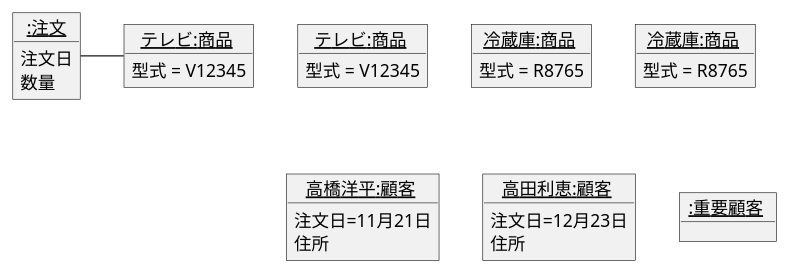
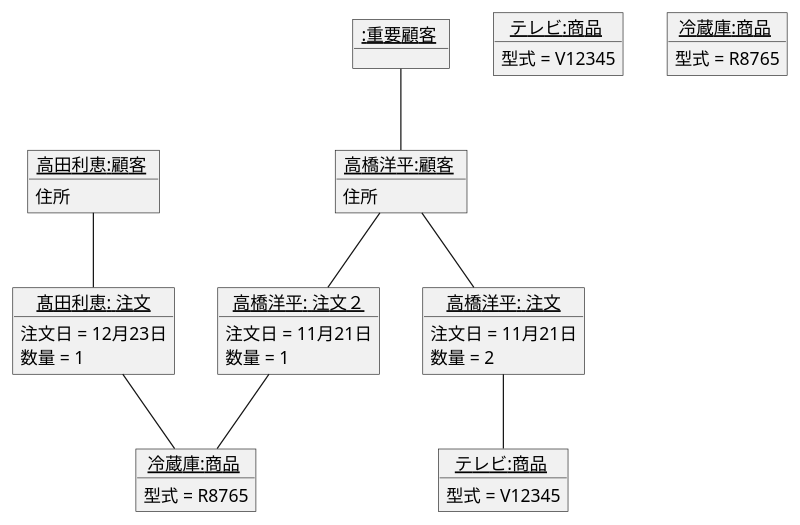
One commit to nagayamasaki/umi-intro changed the diagram in 演習3/演習3-7_OBJ_注文のオブジェクト図.pu. Above: the diagram before and after it, drawn with PlantUML. The commit also changed 1 other file, not shown here.

```diff
--- a/演習3/演習3-7_OBJ_注文のオブジェクト図.pu
+++ b/演習3/演習3-7_OBJ_注文のオブジェクト図.pu
@@ -1,46 +1,54 @@
 @startuml  
 
 object "<u>テレビ:商品 </u>" as television1 {
 型式 = V12345
 }
 
 object "<u>テレビ:商品 </u>" as television2 {
 型式 = V12345
 }
 
 object "<u>冷蔵庫:商品 </u>" as refrigerator1 {
 型式 = R8765
 }
 
 object "<u>冷蔵庫:商品 </u>" as refrigerator2 {
 型式 = R8765
 }
 
 
-object "<u>:注文</u>" as order {
-注文日
-数量
+object "<u>高橋洋平: 注文</u>" as order {
+注文日 = 11月21日
+数量 = 2
+}
+
+object "<u>高橋洋平: 注文２</u>" as order2 {
+注文日 = 11月21日
+数量 = 1
+}
+
+object "<u>髙田利恵: 注文</u>" as order3 {
+注文日 = 12月23日
+数量 = 1
 }
 
 object "<u>高橋洋平:顧客 </u>" as customer {
-注文日=11月21日
 住所
 }
 
 object "<u>高田利恵:顧客 </u>" as customer2 {
-注文日=12月23日
 住所
 }
 
 object "<u>:重要顧客 </u>" as importantcustomer {
 }
 
-' customer -- television1
-' customer -- television2
-' customer -- refrigerator1
-' importantcustomer -- customer
-' customer2 -- refrigerator2
-
-order -ri- television1
+importantcustomer -- customer
+customer -- order
+order -- television1
+customer2 -- order3
+order3 -- refrigerator2
+customer -- order2
+order2 -- refrigerator2
 
 @enduml
```
